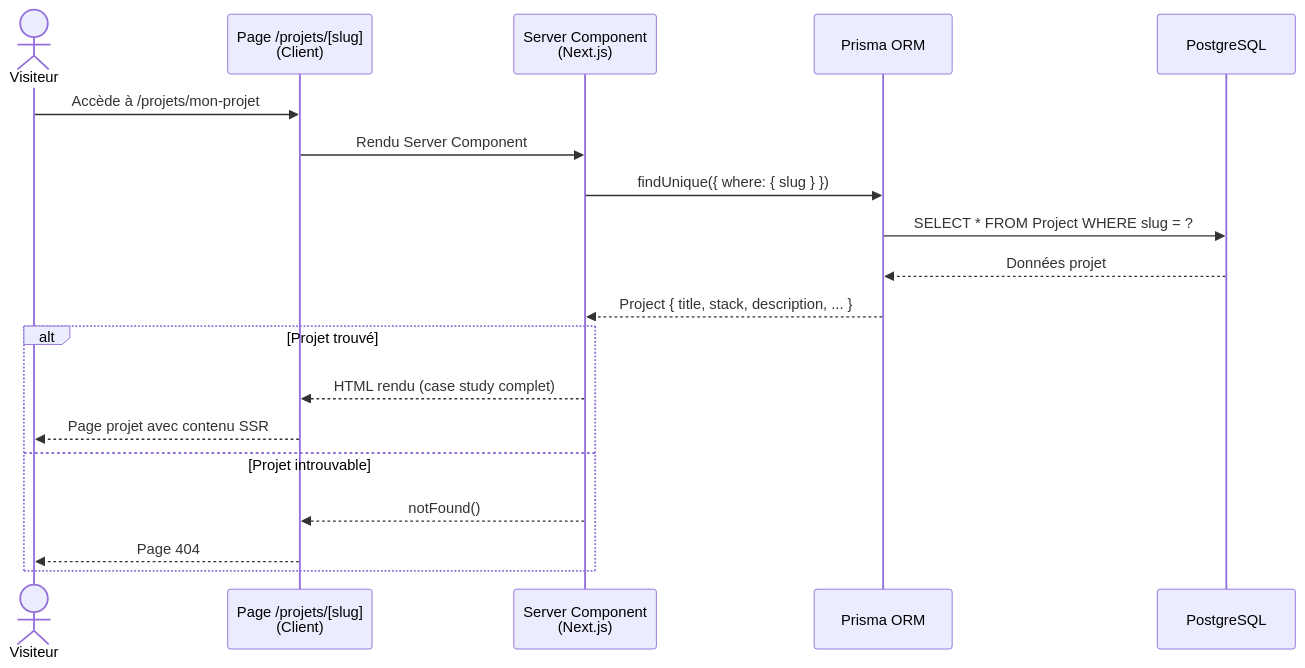
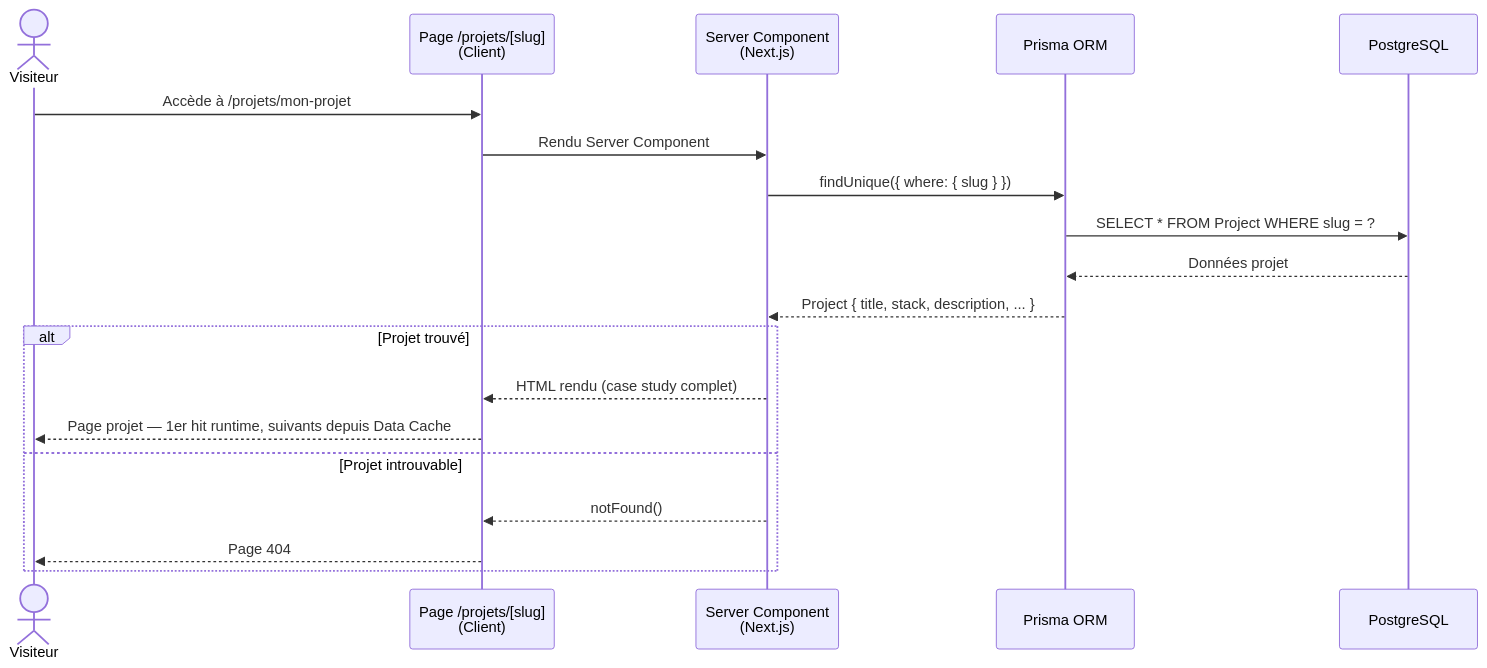
One commit to thibaud57/thibaud-geisler-portfolio changed the third of 3 diagrams in docs/ARCHITECTURE.md. Above: the diagram before and after it, drawn with Mermaid. The commit also changed other lines of this file and 26 other files, not shown here.

````diff
--- a/docs/ARCHITECTURE.md
+++ b/docs/ARCHITECTURE.md
@@ -297,22 +295,22 @@
 ```mermaid
 sequenceDiagram
     actor Visiteur
     participant Page as Page /projets/[slug]<br>(Client)
     participant SC as Server Component<br>(Next.js)
     participant Prisma as Prisma ORM
     participant PG as PostgreSQL
 
     Visiteur->>Page: Accède à /projets/mon-projet
     Page->>SC: Rendu Server Component
     SC->>Prisma: findUnique({ where: { slug } })
     Prisma->>PG: SELECT * FROM Project WHERE slug = ?
     PG-->>Prisma: Données projet
     Prisma-->>SC: Project { title, stack, description, ... }
     alt Projet trouvé
         SC-->>Page: HTML rendu (case study complet)
-        Page-->>Visiteur: Page projet avec contenu SSR
+        Page-->>Visiteur: Page projet — 1er hit runtime, suivants depuis Data Cache
     else Projet introuvable
         SC-->>Page: notFound()
         Page-->>Visiteur: Page 404
     end
 ```
````
